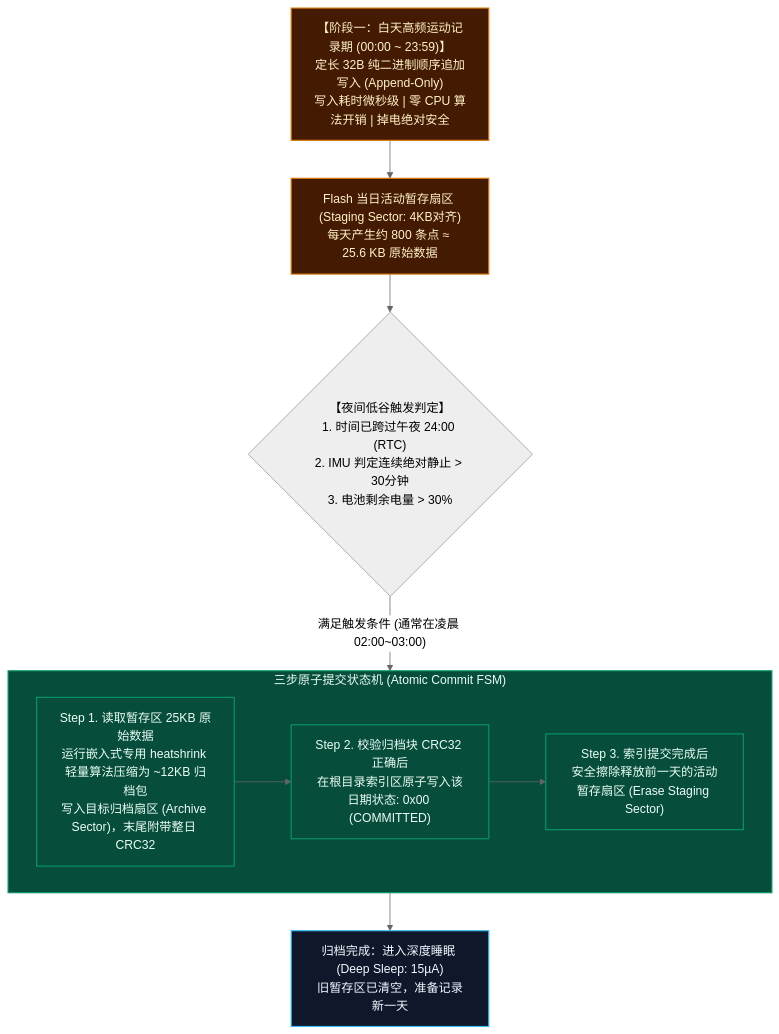
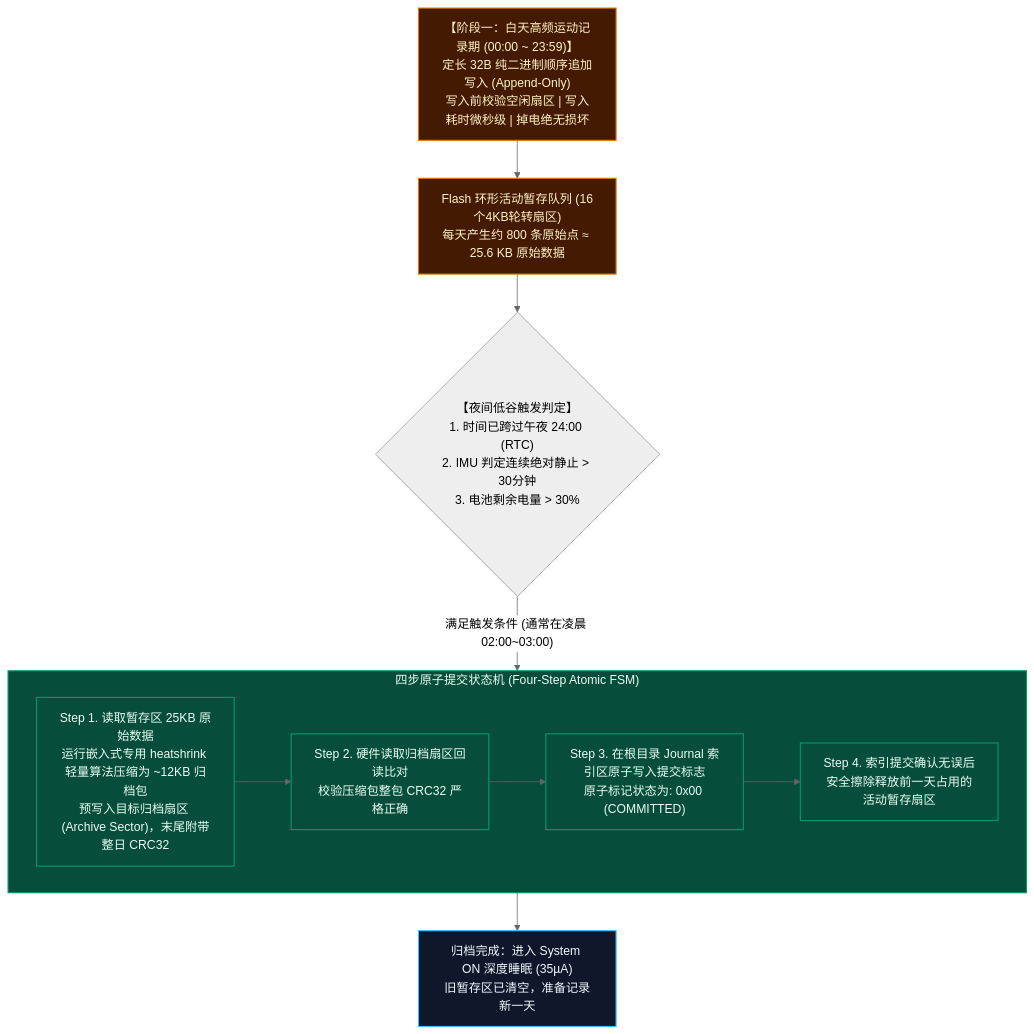
One commit to suntyrael/Life_GPS changed the fourth of 4 diagrams in README.md. Above: the diagram before and after it, drawn with Mermaid (neutral theme). The commit also changed other lines of this file and 2 other files, not shown here.

First line of the commit message:
fix(arch): 综合深度技术审计全面重构系统架构文档

````diff
--- a/README.md
+++ b/README.md
@@ -440,21 +513,22 @@
 ```mermaid
 flowchart TD
     classDef hdr fill:#0f172a,stroke:#38bdf8,stroke-width:1.5px,color:#f0f9ff;
     classDef stage fill:#451a03,stroke:#d97706,stroke-width:1.5px,color:#fef3c7;
     classDef arch fill:#064e3b,stroke:#059669,stroke-width:1.5px,color:#ecfdf5;
 
-    SUB1["【阶段一：白天高频运动记录期 (00:00 ~ 23:59)】<br/>定长 32B 纯二进制顺序追加写入 (Append-Only)<br/>写入耗时微秒级 | 零 CPU 算法开销 | 掉电绝对安全"]:::stage --> BUF["Flash 当日活动暂存扇区 (Staging Sector: 4KB对齐)<br/>每天产生约 800 条点 ≈ 25.6 KB 原始数据"]:::stage
+    SUB1["【阶段一：白天高频运动记录期 (00:00 ~ 23:59)】<br/>定长 32B 纯二进制顺序追加写入 (Append-Only)<br/>写入前校验空闲扇区 | 写入耗时微秒级 | 掉电绝无损坏"]:::stage --> BUF["Flash 环形活动暂存队列 (16个4KB轮转扇区)<br/>每天产生约 800 条原始点 ≈ 25.6 KB 原始数据"]:::stage
 
     BUF --> TRIG{"【夜间低谷触发判定】<br/>1. 时间已跨过午夜 24:00 (RTC)<br/>2. IMU 判定连续绝对静止 > 30分钟<br/>3. 电池剩余电量 > 30%"}
 
     TRIG -->|"满足触发条件 (通常在凌晨 02:00~03:00)"| ARCH_PROCESS["【阶段二：夜间原子归档事务 (Atomic Archival Transaction)】"]:::arch
 
-    subgraph ARCH_PROCESS ["三步原子提交状态机 (Atomic Commit FSM)"]
-        S1["Step 1. 读取暂存区 25KB 原始数据<br/>运行嵌入式专用 heatshrink 轻量算法压缩为 ~12KB 归档包<br/>写入目标归档扇区 (Archive Sector)，末尾附带整日 CRC32"]:::arch
-        S2["Step 2. 校验归档块 CRC32 正确后<br/>在根目录索引区原子写入该日期状态: 0x00 (COMMITTED)"]:::arch
-        S3["Step 3. 索引提交完成后<br/>安全擦除释放前一天的活动暂存扇区 (Erase Staging Sector)"]:::arch
-        S1 --> S2 --> S3
+    subgraph ARCH_PROCESS ["四步原子提交状态机 (Four-Step Atomic FSM)"]
+        S1["Step 1. 读取暂存区 25KB 原始数据<br/>运行嵌入式专用 heatshrink 轻量算法压缩为 ~12KB 归档包<br/>预写入目标归档扇区 (Archive Sector)，末尾附带整日 CRC32"]:::arch
+        S2["Step 2. 硬件读取归档扇区回读比对<br/>校验压缩包整包 CRC32 严格正确"]:::arch
+        S3["Step 3. 在根目录 Journal 索引区原子写入提交标志<br/>原子标记状态为: 0x00 (COMMITTED)"]:::arch
+        S4["Step 4. 索引提交确认无误后<br/>安全擦除释放前一天占用的活动暂存扇区"]:::arch
+        S1 --> S2 --> S3 --> S4
     end
 
-    ARCH_PROCESS --> COMPLETED["归档完成：进入深度睡眠 (Deep Sleep: 15µA)<br/>旧暂存区已清空，准备记录新一天"]:::hdr
+    ARCH_PROCESS --> COMPLETED["归档完成：进入 System ON 深度睡眠 (35µA)<br/>旧暂存区已清空，准备记录新一天"]:::hdr
 ```
````
